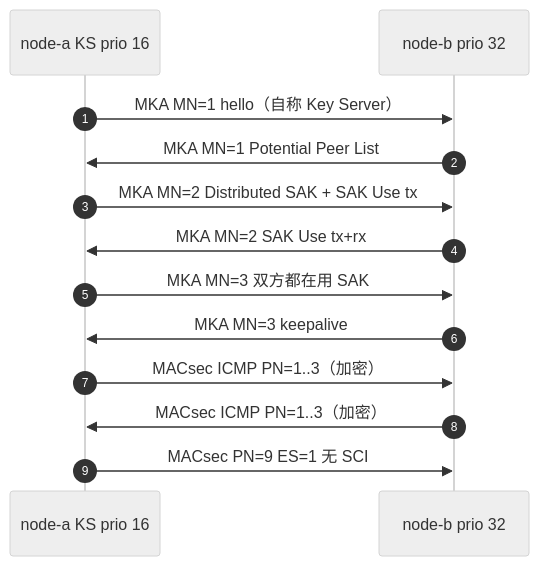
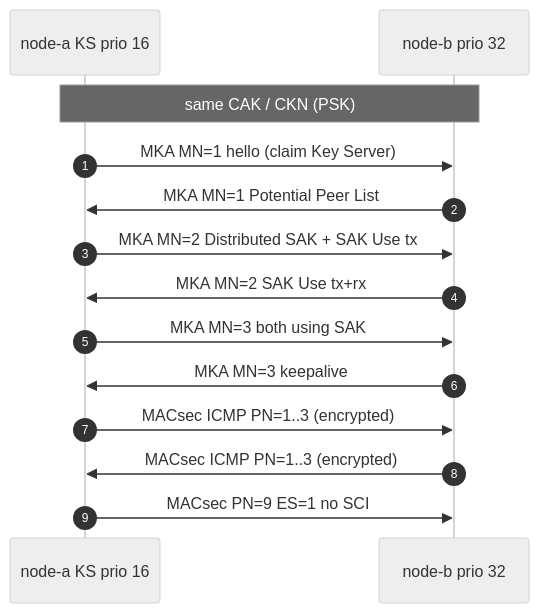
Before and after one commit to johnfu-ai/MACsec_Lab: the diagram in docs/protocol-analysis.md, drawn with Mermaid (neutral theme). The commit also changed other lines of this file and 28 other files, not shown here.

First line of the commit message:
Add EAP-derived CAK storyline: MSK -> CAK/CKN KDF, mka-after-eap.pcap, key-hierarchy doc

````diff
--- a/docs/protocol-analysis.md
+++ b/docs/protocol-analysis.md
@@ -7,15 +7,16 @@
 ```mermaid
 sequenceDiagram
     autonumber
     participant A as node-a KS prio 16
     participant B as node-b prio 32
-    A->>B: MKA MN=1 hello（自称 Key Server）
+    Note over A,B: same CAK / CKN (PSK)
+    A->>B: MKA MN=1 hello (claim Key Server)
     B->>A: MKA MN=1 Potential Peer List
     A->>B: MKA MN=2 Distributed SAK + SAK Use tx
     B->>A: MKA MN=2 SAK Use tx+rx
-    A->>B: MKA MN=3 双方都在用 SAK
+    A->>B: MKA MN=3 both using SAK
     B->>A: MKA MN=3 keepalive
-    A->>B: MACsec ICMP PN=1..3（加密）
-    B->>A: MACsec ICMP PN=1..3（加密）
-    A->>B: MACsec PN=9 ES=1 无 SCI
+    A->>B: MACsec ICMP PN=1..3 (encrypted)
+    B->>A: MACsec ICMP PN=1..3 (encrypted)
+    A->>B: MACsec PN=9 ES=1 no SCI
 ```
````
